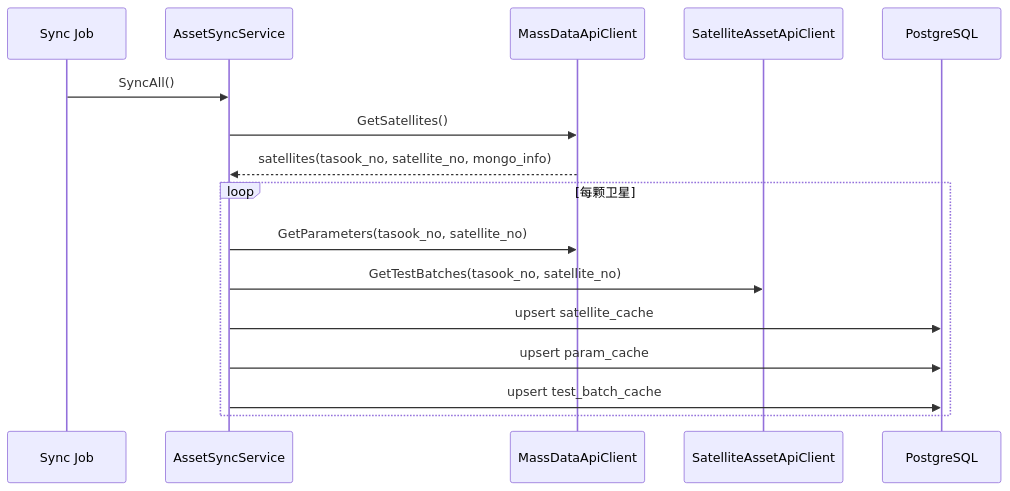
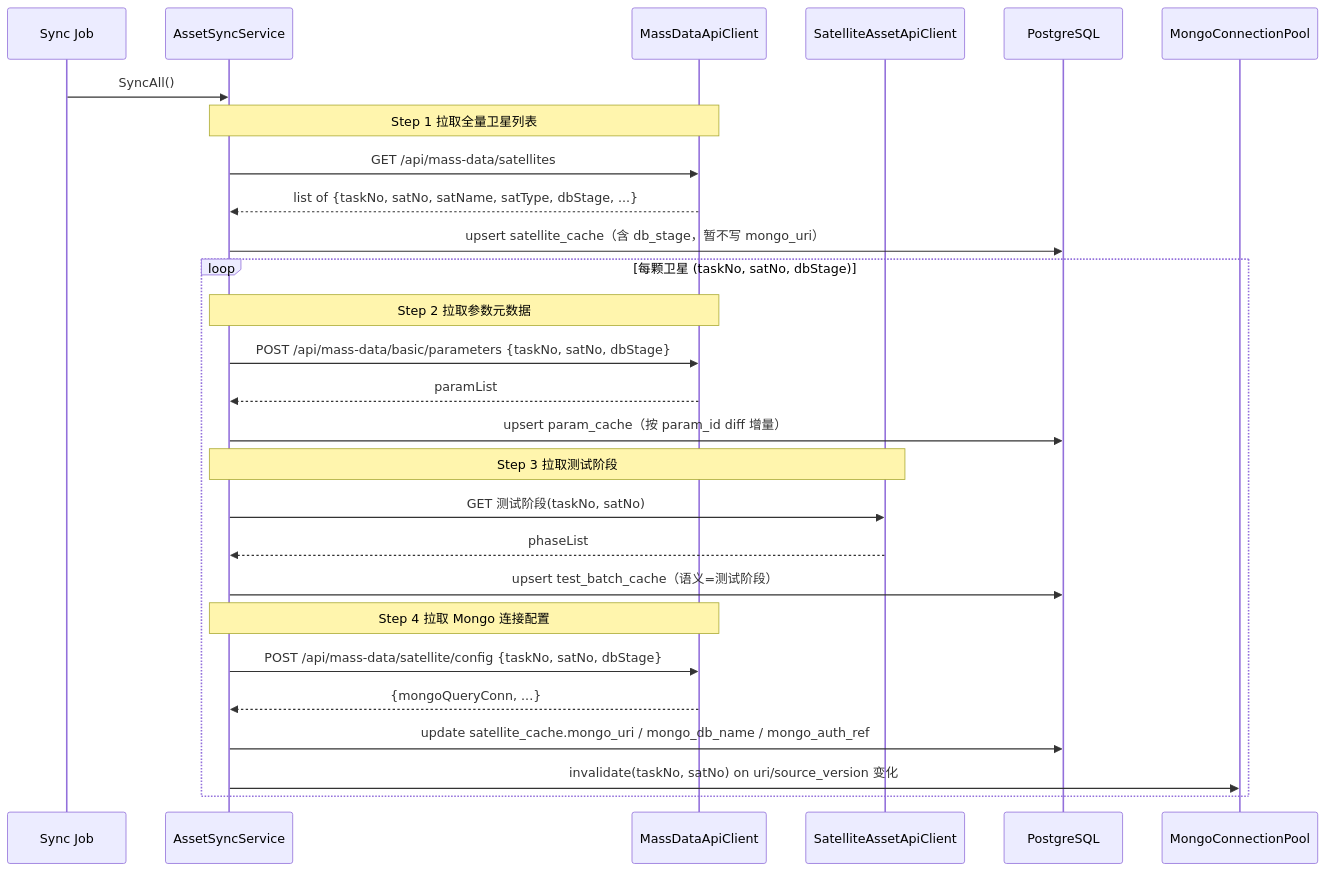
The third of 16 diagrams in design/详细设计文档_卫星测试数据预处理与一致性比对平台_V2.0.md (supertsingbo-art/SatelliteDataAnalytics), drawn with Mermaid before and after one commit. The commit also changed other lines of this file, not shown here.

````diff
--- a/design/详细设计文档_卫星测试数据预处理与一致性比对平台_V2.0.md
+++ b/design/详细设计文档_卫星测试数据预处理与一致性比对平台_V2.0.md
@@ -923,19 +1005,34 @@
 ```mermaid
 sequenceDiagram
     participant Job as Sync Job
     participant Sync as AssetSyncService
     participant Mass as MassDataApiClient
     participant Sat as SatelliteAssetApiClient
     participant PG as PostgreSQL
+    participant Pool as MongoConnectionPool
 
     Job->>Sync: SyncAll()
-    Sync->>Mass: GetSatellites()
-    Mass-->>Sync: satellites(tasook_no, satellite_no, mongo_info)
-    loop 每颗卫星
-        Sync->>Mass: GetParameters(tasook_no, satellite_no)
-        Sync->>Sat: GetTestBatches(tasook_no, satellite_no)
-        Sync->>PG: upsert satellite_cache
-        Sync->>PG: upsert param_cache
-        Sync->>PG: upsert test_batch_cache
+
+    Note over Sync,Mass: Step 1 拉取全量卫星列表
+    Sync->>Mass: GET /api/mass-data/satellites
+    Mass-->>Sync: list of {taskNo, satNo, satName, satType, dbStage, ...}
+    Sync->>PG: upsert satellite_cache（含 db_stage，暂不写 mongo_uri）
+
+    loop 每颗卫星 (taskNo, satNo, dbStage)
+        Note over Sync,Mass: Step 2 拉取参数元数据
+        Sync->>Mass: POST /api/mass-data/basic/parameters {taskNo, satNo, dbStage}
+        Mass-->>Sync: paramList
+        Sync->>PG: upsert param_cache（按 param_id diff 增量）
+
+        Note over Sync,Sat: Step 3 拉取测试阶段
+        Sync->>Sat: GET 测试阶段(taskNo, satNo)
+        Sat-->>Sync: phaseList
+        Sync->>PG: upsert test_batch_cache（语义=测试阶段）
+
+        Note over Sync,Mass: Step 4 拉取 Mongo 连接配置
+        Sync->>Mass: POST /api/mass-data/satellite/config {taskNo, satNo, dbStage}
+        Mass-->>Sync: {mongoQueryConn, ...}
+        Sync->>PG: update satellite_cache.mongo_uri / mongo_db_name / mongo_auth_ref
+        Sync->>Pool: invalidate(taskNo, satNo) on uri/source_version 变化
     end
 ```
````
